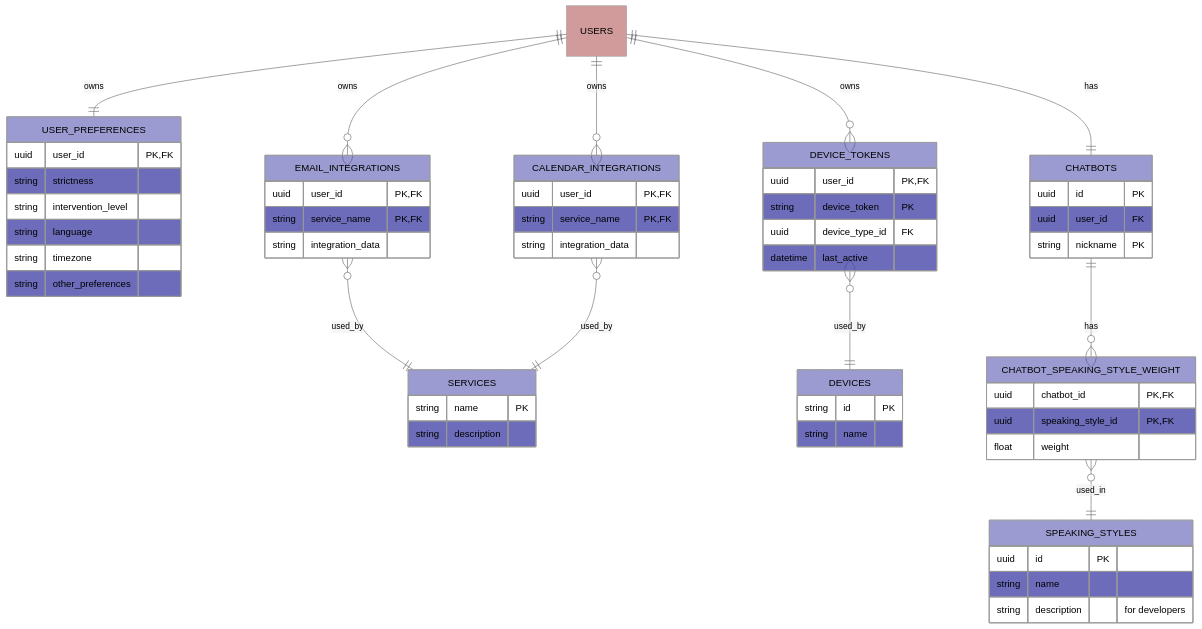
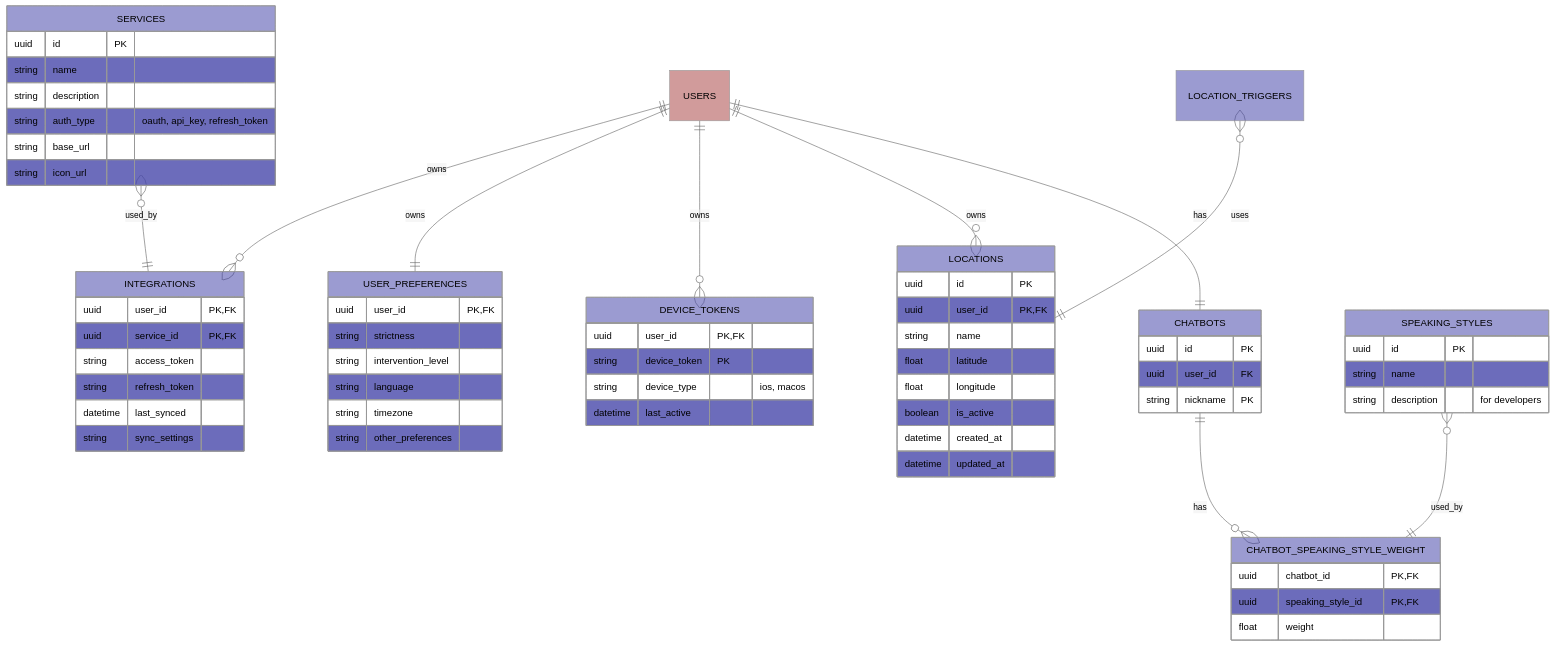
The third of 4 diagrams in backend/docs/erdiagram.md (hadiahmad06/jiko), drawn with Mermaid (neutral theme) before and after one commit. The commit also changed other lines of this file, not shown here.

Commit message:
backend: docs: added triggers to erdiagram.md

```diff
--- a/backend/docs/erdiagram.md
+++ b/backend/docs/erdiagram.md
@@ -159,32 +150,41 @@
     }
 
     SERVICES:::dynamodb {
-        string name PK
+        uuid id PK
+        string name
         string description
+        string auth_type "oauth, api_key, refresh_token"
+        string base_url
+        string icon_url
     }
 
-    EMAIL_INTEGRATIONS:::dynamodb {
+    INTEGRATIONS:::dynamodb {
         uuid user_id PK, FK
-        string service_name PK, FK
-        string integration_data
+        uuid service_id PK, FK
+        string access_token
+        string refresh_token
+        datetime last_synced
+        string sync_settings
     }
 
-    CALENDAR_INTEGRATIONS:::dynamodb {
+    LOCATIONS:::dynamodb {
+        uuid id PK
         uuid user_id PK, FK
-        string service_name PK, FK
-        string integration_data
+        string name
+        float latitude
+        float longitude
+        boolean is_active
+        datetime created_at
+        datetime updated_at
     }
+
+    LOCATION_TRIGGERS:::dynamodb
 
     DEVICE_TOKENS:::dynamodb {
         uuid user_id PK, FK
         string device_token PK
-        uuid device_type_id FK
+        string device_type "ios, macos"
         datetime last_active
-    }
-
-    DEVICES:::dynamodb {
-        string id PK
-        string name
     }
 
     CHATBOTS:::dynamodb {
@@ -205,18 +205,18 @@
         string description "for developers"
     }
     
-%%    USERS ||--o{ USER_CONTEXT : "owns"
+    USERS ||--o{ INTEGRATIONS : "owns"
     USERS ||--|| USER_PREFERENCES : "owns"
-    USERS ||--o{ EMAIL_INTEGRATIONS : "owns"
-    USERS ||--o{ CALENDAR_INTEGRATIONS : "owns"
     USERS ||--o{ DEVICE_TOKENS : "owns"
-    DEVICE_TOKENS }o--|| DEVICES : "used_by"
-    EMAIL_INTEGRATIONS }o--|| SERVICES : "used_by"
-    CALENDAR_INTEGRATIONS }o--|| SERVICES : "used_by"
+    SERVICES }o--|| INTEGRATIONS : "used_by"
 
+    USERS ||--o{ LOCATIONS : "owns"
     USERS ||--|| CHATBOTS : "has"
+
     CHATBOTS ||--o{ CHATBOT_SPEAKING_STYLE_WEIGHT : "has"
-    CHATBOT_SPEAKING_STYLE_WEIGHT }o--|| SPEAKING_STYLES : "used_in"
+    SPEAKING_STYLES }o--|| CHATBOT_SPEAKING_STYLE_WEIGHT : "used_by"
+
+    LOCATION_TRIGGERS }o--|| LOCATIONS : "uses"
 
     classDef postgres fill:#a448
     classDef dynamodb fill:#44a8
```
